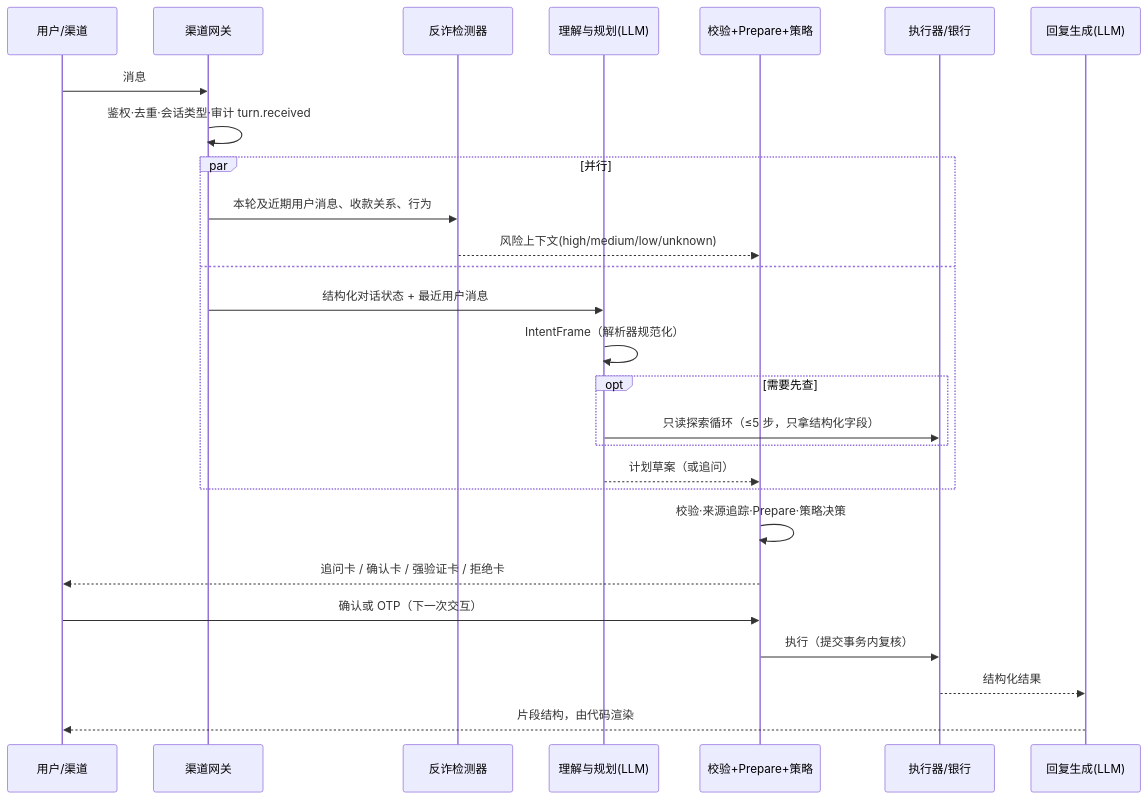
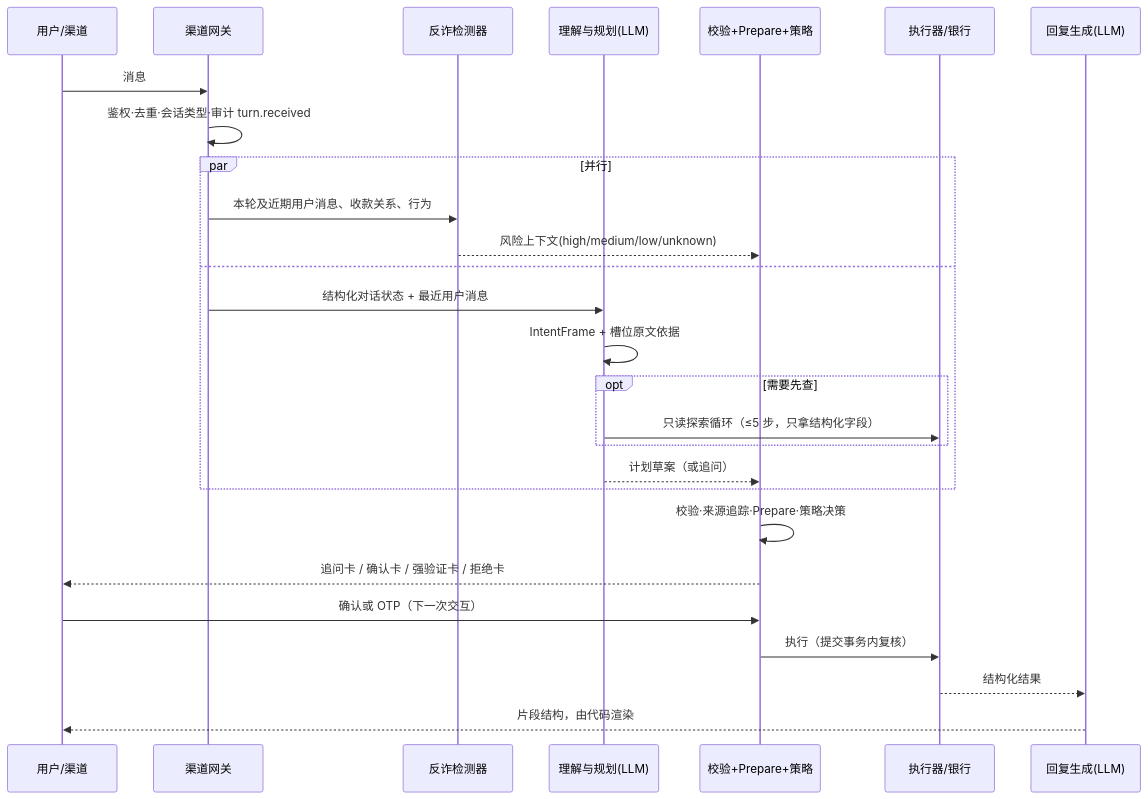
Before and after one commit to Weichenleeeee123/AgentBank: the second of 2 diagrams in docs/PLAN.md, drawn with Mermaid. The commit also changed other lines of this file and 16 other files, not shown here.

````diff
--- a/docs/PLAN.md
+++ b/docs/PLAN.md
@@ -247,29 +247,29 @@
 ```mermaid
 sequenceDiagram
   participant U as 用户/渠道
   participant G as 渠道网关
   participant F as 反诈检测器
   participant A as 理解与规划(LLM)
   participant P as 校验+Prepare+策略
   participant X as 执行器/银行
   participant C as 回复生成(LLM)
   U->>G: 消息
   G->>G: 鉴权·去重·会话类型·审计 turn.received
   par 并行
     G->>F: 本轮及近期用户消息、收款关系、行为
     F-->>P: 风险上下文(high/medium/low/unknown)
   and
     G->>A: 结构化对话状态 + 最近用户消息
-    A->>A: IntentFrame（解析器规范化）
+    A->>A: IntentFrame + 槽位原文依据
     opt 需要先查
       A->>X: 只读探索循环（≤5 步，只拿结构化字段）
     end
     A-->>P: 计划草案（或追问）
   end
   P->>P: 校验·来源追踪·Prepare·策略决策
   P-->>U: 追问卡 / 确认卡 / 强验证卡 / 拒绝卡
   U->>P: 确认或 OTP（下一次交互）
   P->>X: 执行（提交事务内复核）
   X-->>C: 结构化结果
   C-->>U: 片段结构，由代码渲染
 ```
````
